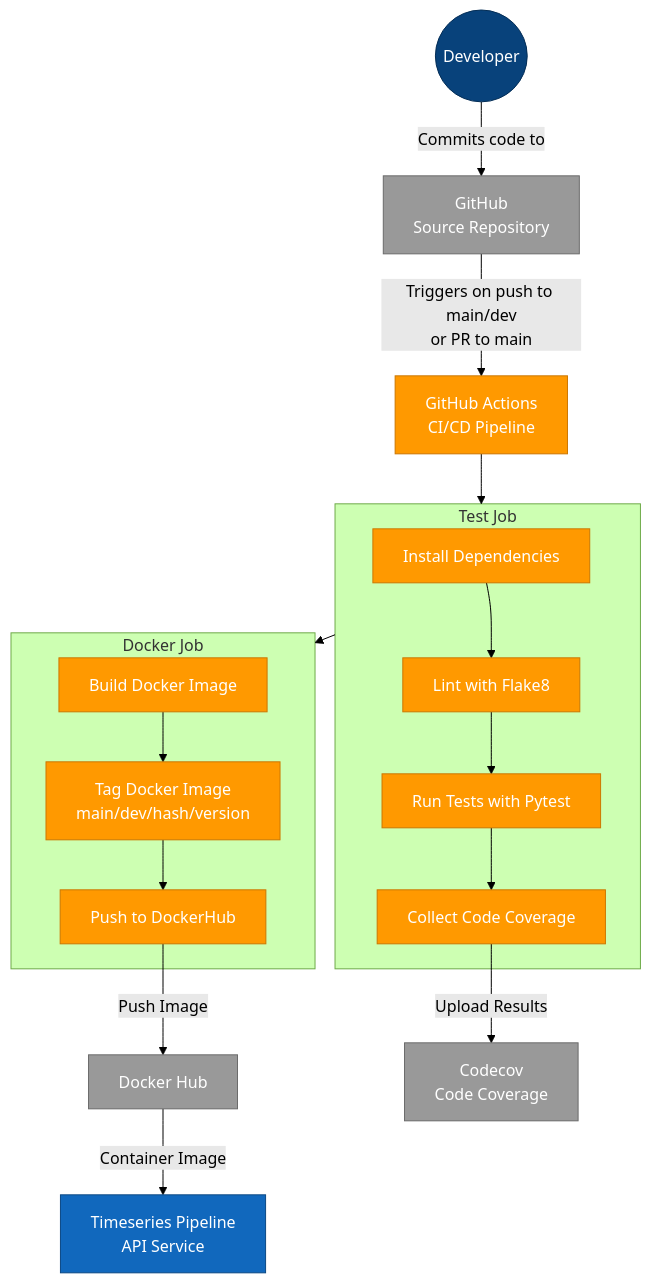
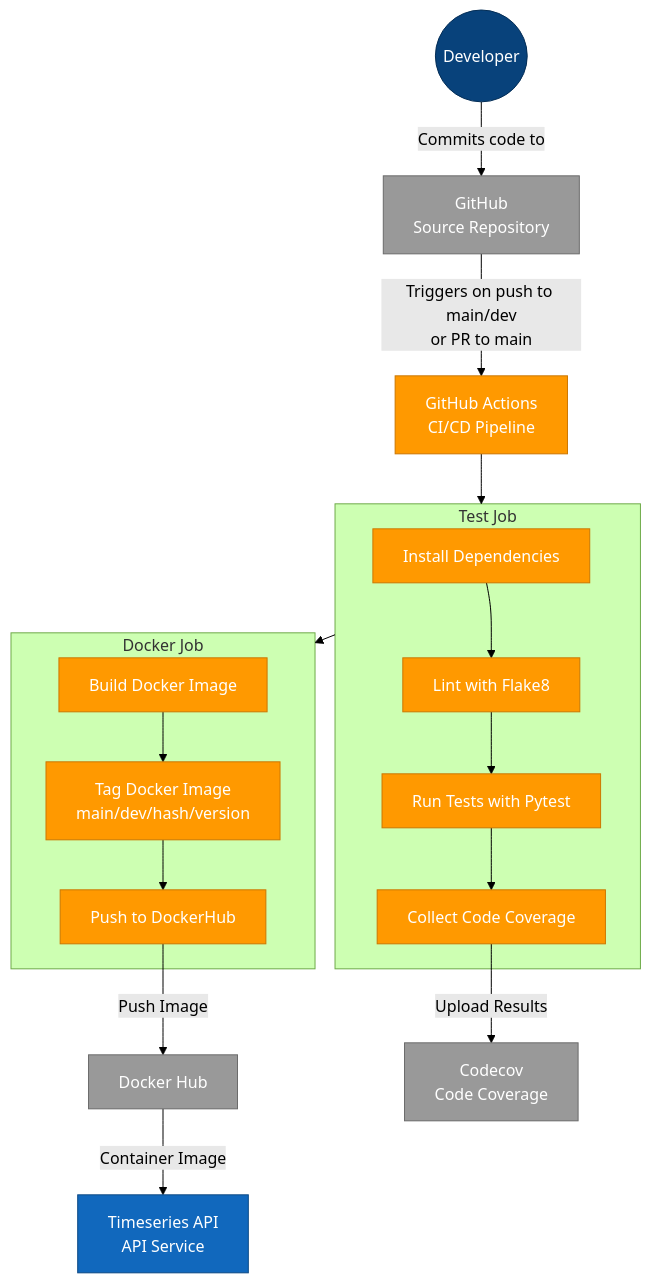
The fifth of 5 diagrams in README.md (garthmortensen/timeseries-api), drawn with Mermaid (forest theme) before and after one commit. The commit also changed other lines of this file and 22 other files, not shown here.

Commit message:
Rename: Rename to timeseries-api

````diff
--- a/README.md
+++ b/README.md
@@ -558,59 +560,59 @@
 ```mermaid
 flowchart TB
     %% Styling
     classDef person fill:#08427B,color:#fff,stroke:#052E56,stroke-width:1px
     classDef system fill:#1168BD,color:#fff,stroke:#0B4884,stroke-width:1px
     classDef external fill:#999999,color:#fff,stroke:#6B6B6B,stroke-width:1px
     classDef pipeline fill:#ff9900,color:#fff,stroke:#cc7700,stroke-width:1px
     
     %% Actors
     Developer((Developer)):::person
     
     %% Main Systems
-    TimeseriesPipeline["Timeseries Pipeline\nAPI Service"]:::system
+    TimeseriesAPI["Timeseries API\nAPI Service"]:::system
     
     %% Source Control
     GitHub["GitHub\nSource Repository"]:::external
     
     %% CI/CD Pipeline and Tools
     GitHubActions["GitHub Actions\nCI/CD Pipeline"]:::pipeline
     
     %% Distribution Platforms
     DockerHub["Docker Hub"]:::external
     
     %% Code Quality Services
     Codecov["Codecov\nCode Coverage"]:::external
     
     %% Flow
     Developer -- "Commits code to" --> GitHub
     GitHub -- "Triggers on push to main/dev\nor PR to main" --> GitHubActions
     
     %% Primary Jobs
     subgraph TestJob["Test Job"]
         Deps["Install Dependencies"]:::pipeline
         Lint["Lint with Flake8"]:::pipeline
         Test["Run Tests with Pytest"]:::pipeline
         Coverage["Collect Code Coverage"]:::pipeline
         
         Deps --> Lint --> Test --> Coverage
     end
     
     subgraph DockerJob["Docker Job"]
         BuildDocker["Build Docker Image"]:::pipeline
         TagDocker["Tag Docker Image\nmain/dev/hash/version"]:::pipeline
         PushDocker["Push to DockerHub"]:::pipeline
         
         BuildDocker --> TagDocker --> PushDocker
     end
     
     %% Job Dependencies
     GitHubActions --> TestJob
     TestJob --> DockerJob
     
     %% External Services Connections
     Coverage -- "Upload Results" --> Codecov
     PushDocker -- "Push Image" --> DockerHub
     
     %% Final Products
-    DockerHub -- "Container Image" --> TimeseriesPipeline
+    DockerHub -- "Container Image" --> TimeseriesAPI
 ```
````
